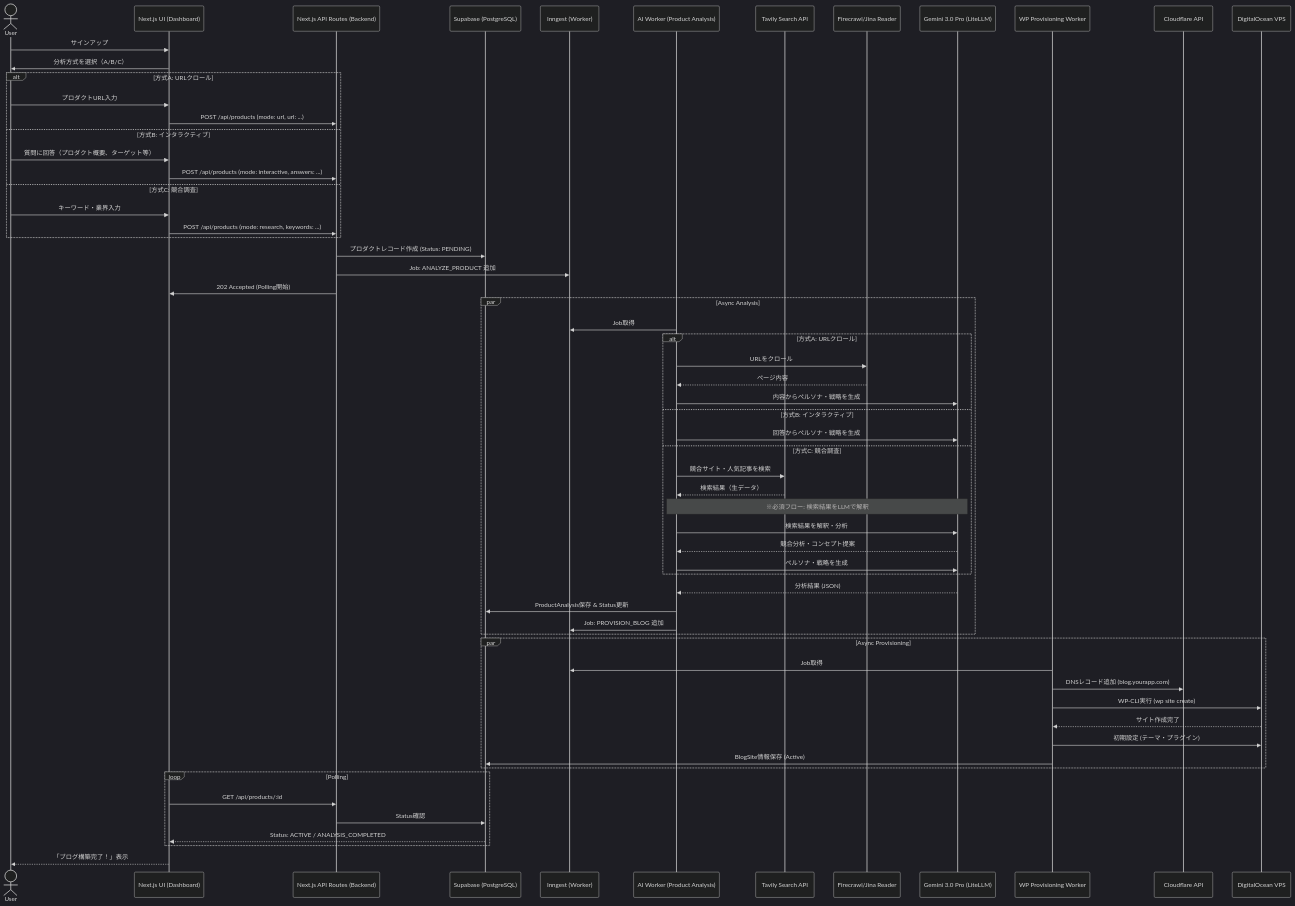
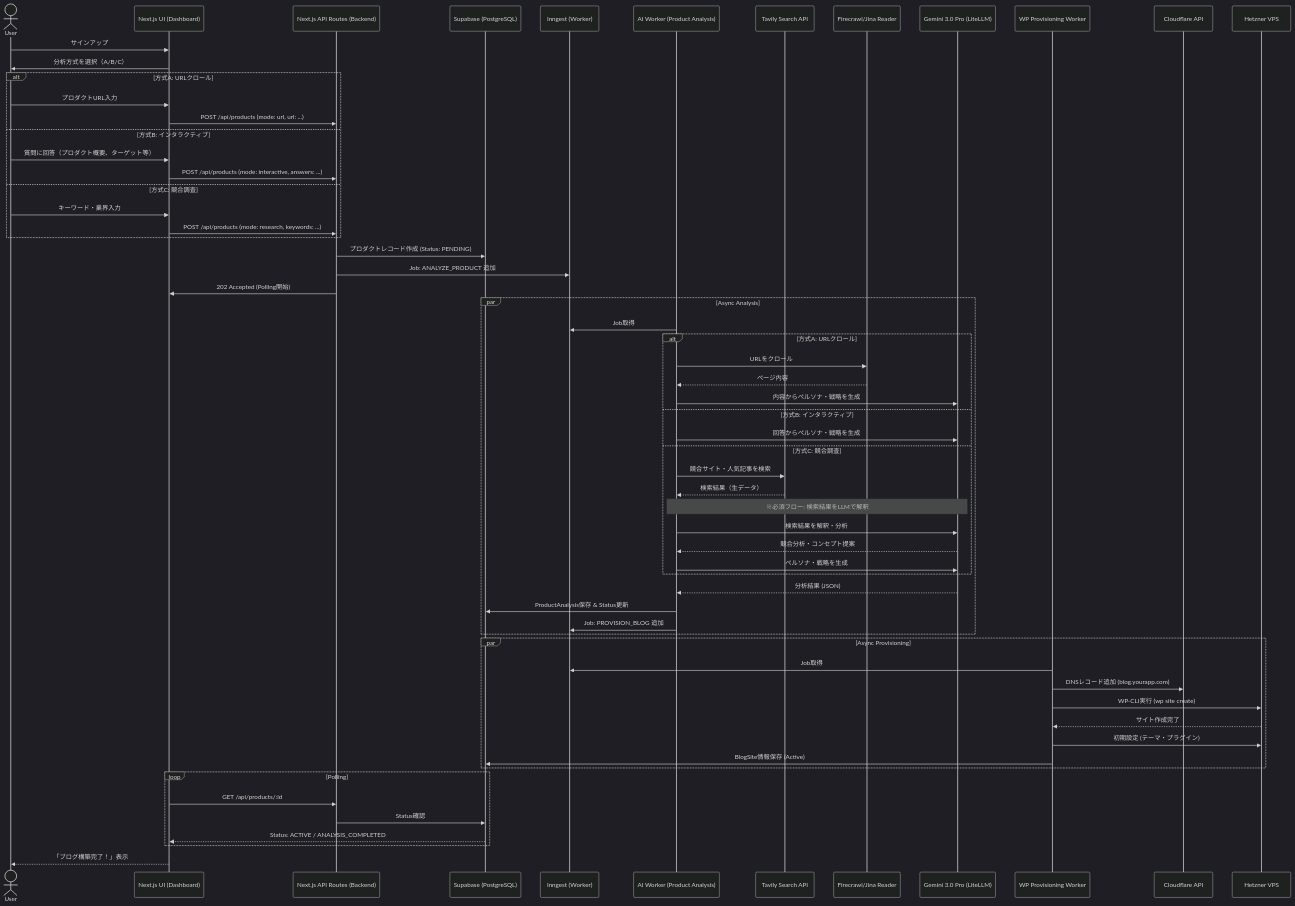
One commit to nakia73/AutoWordPress changed the first of 2 diagrams in docs/architecture/05_Sequence_Diagrams.md. Above: the diagram before and after it, drawn with Mermaid (dark theme). The commit also changed 38 other files, not shown here.

````diff
--- a/docs/architecture/05_Sequence_Diagrams.md
+++ b/docs/architecture/05_Sequence_Diagrams.md
@@ -25,73 +25,73 @@
 ```mermaid
 sequenceDiagram
     actor User
     participant NextUI as Next.js UI (Dashboard)
     participant NextAPI as Next.js API Routes (Backend)
     participant DB as Supabase (PostgreSQL)
     participant Inngest as Inngest (Worker)
     participant Analyzer as AI Worker (Product Analysis)
     participant Tavily as Tavily Search API
     participant Scraper as Firecrawl/Jina Reader
     participant LLM as Gemini 3.0 Pro (LiteLLM)
     participant Provisioner as WP Provisioning Worker
     participant Cloudflare as Cloudflare API
-    participant VPS as DigitalOcean VPS
+    participant VPS as Hetzner VPS
 
     User->>NextUI: サインアップ
     NextUI->>User: 分析方式を選択（A/B/C）
 
     alt 方式A: URLクロール
         User->>NextUI: プロダクトURL入力
         NextUI->>NextAPI: POST /api/products (mode: url, url: ...)
     else 方式B: インタラクティブ
         User->>NextUI: 質問に回答（プロダクト概要、ターゲット等）
         NextUI->>NextAPI: POST /api/products (mode: interactive, answers: ...)
     else 方式C: 競合調査
         User->>NextUI: キーワード・業界入力
         NextUI->>NextAPI: POST /api/products (mode: research, keywords: ...)
     end
 
     NextAPI->>DB: プロダクトレコード作成 (Status: PENDING)
     NextAPI->>Inngest: Job: ANALYZE_PRODUCT 追加
     NextAPI->>NextUI: 202 Accepted (Polling開始)
 
     par Async Analysis
         Analyzer->>Inngest: Job取得
 
         alt 方式A: URLクロール
             Analyzer->>Scraper: URLをクロール
             Scraper-->>Analyzer: ページ内容
             Analyzer->>LLM: 内容からペルソナ・戦略を生成
         else 方式B: インタラクティブ
             Analyzer->>LLM: 回答からペルソナ・戦略を生成
         else 方式C: 競合調査
             Analyzer->>Tavily: 競合サイト・人気記事を検索
             Tavily-->>Analyzer: 検索結果（生データ）
             Note over Analyzer,LLM: ※必須フロー: 検索結果をLLMで解釈
             Analyzer->>LLM: 検索結果を解釈・分析
             LLM-->>Analyzer: 競合分析・コンセプト提案
             Analyzer->>LLM: ペルソナ・戦略を生成
         end
 
         LLM-->>Analyzer: 分析結果 (JSON)
         Analyzer->>DB: ProductAnalysis保存 & Status更新
         Analyzer->>Inngest: Job: PROVISION_BLOG 追加
     end
 
     par Async Provisioning
         Provisioner->>Inngest: Job取得
         Provisioner->>Cloudflare: DNSレコード追加 (blog.yourapp.com)
         Provisioner->>VPS: WP-CLI実行 (wp site create)
         VPS-->>Provisioner: サイト作成完了
         Provisioner->>VPS: 初期設定 (テーマ・プラグイン)
         Provisioner->>DB: BlogSite情報保存 (Active)
     end
 
     loop Polling
         NextUI->>NextAPI: GET /api/products/:id
         NextAPI->>DB: Status確認
         DB-->>NextUI: Status: ACTIVE / ANALYSIS_COMPLETED
     end
 
     NextUI-->>User: 「ブログ構築完了！」表示
 ```
````
